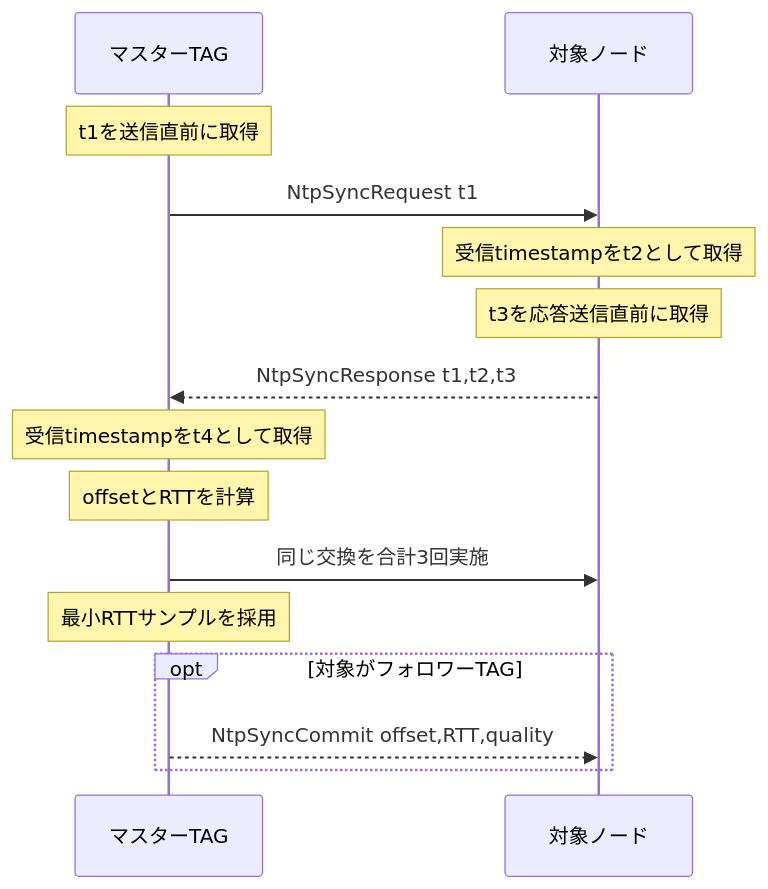
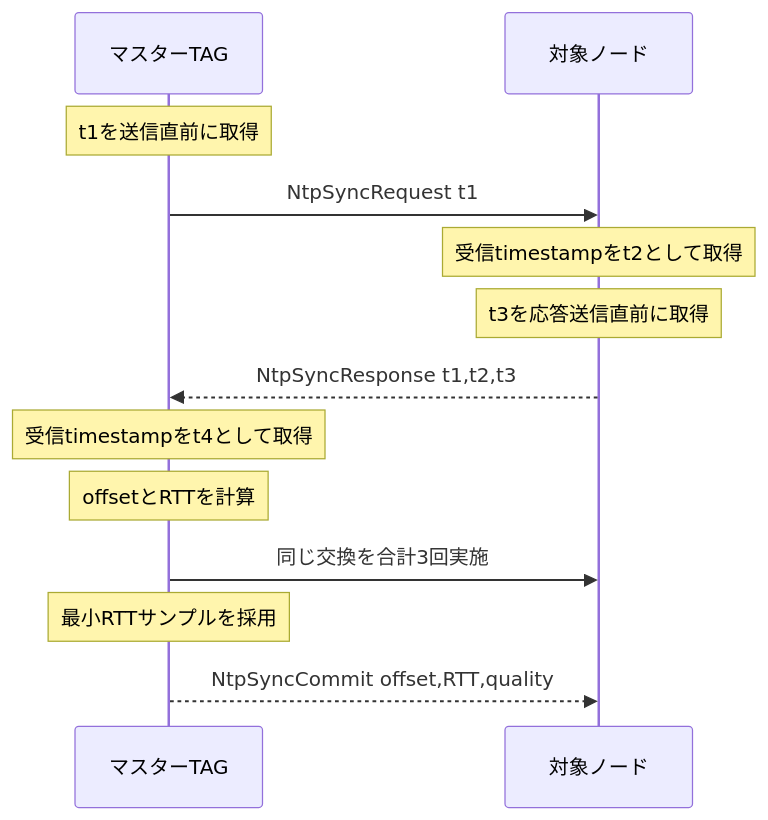
The second of 3 diagrams in docs/sequential-ranging-time-sync.md (ssaattww/RYUW122_M5StickS3), drawn with Mermaid before and after one commit. The commit also changed other lines of this file and 20 other files, not shown here.

````diff
--- a/docs/sequential-ranging-time-sync.md
+++ b/docs/sequential-ranging-time-sync.md
@@ -791,18 +899,16 @@
 ```mermaid
 sequenceDiagram
     participant M as マスターTAG
     participant N as 対象ノード
 
     Note over M: t1を送信直前に取得
     M->>N: NtpSyncRequest t1
     Note over N: 受信timestampをt2として取得
     Note over N: t3を応答送信直前に取得
     N-->>M: NtpSyncResponse t1,t2,t3
     Note over M: 受信timestampをt4として取得
     Note over M: offsetとRTTを計算
     M->>N: 同じ交換を合計3回実施
     Note over M: 最小RTTサンプルを採用
-    opt 対象がフォロワーTAG
-        M-->>N: NtpSyncCommit offset,RTT,quality
-    end
+    M-->>N: NtpSyncCommit offset,RTT,quality
 ```
````
